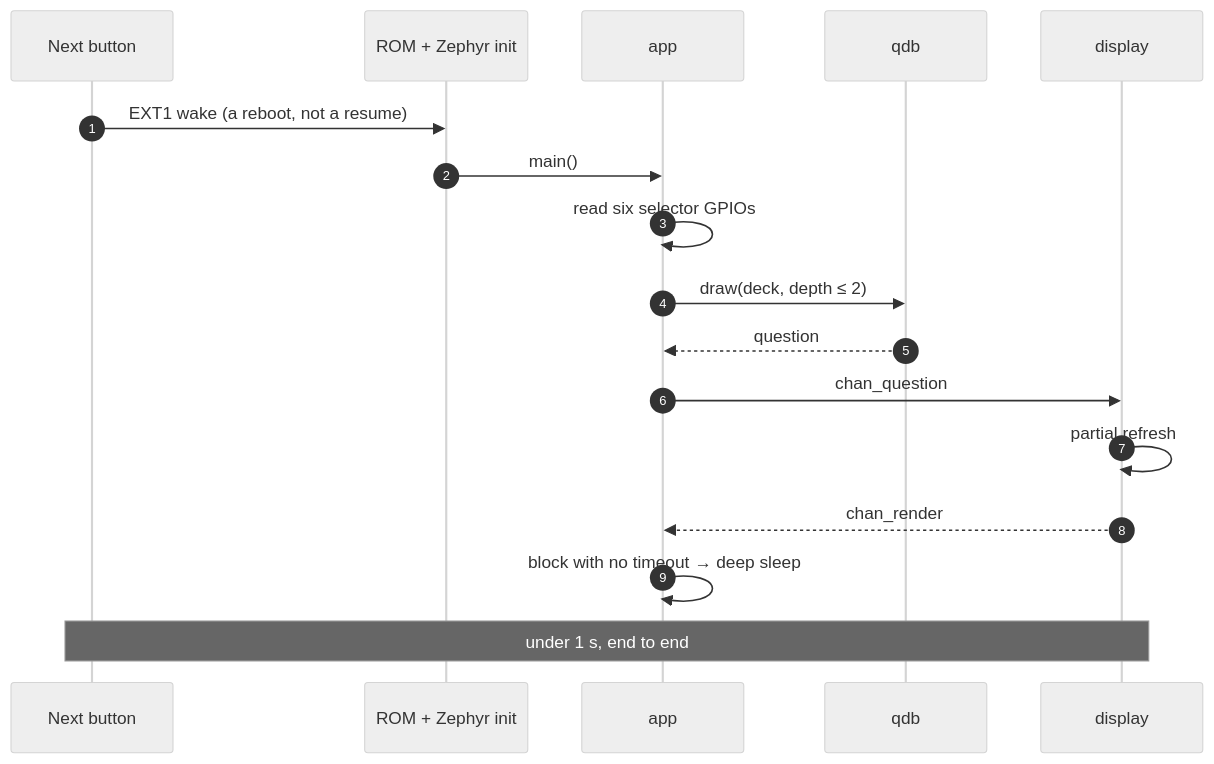
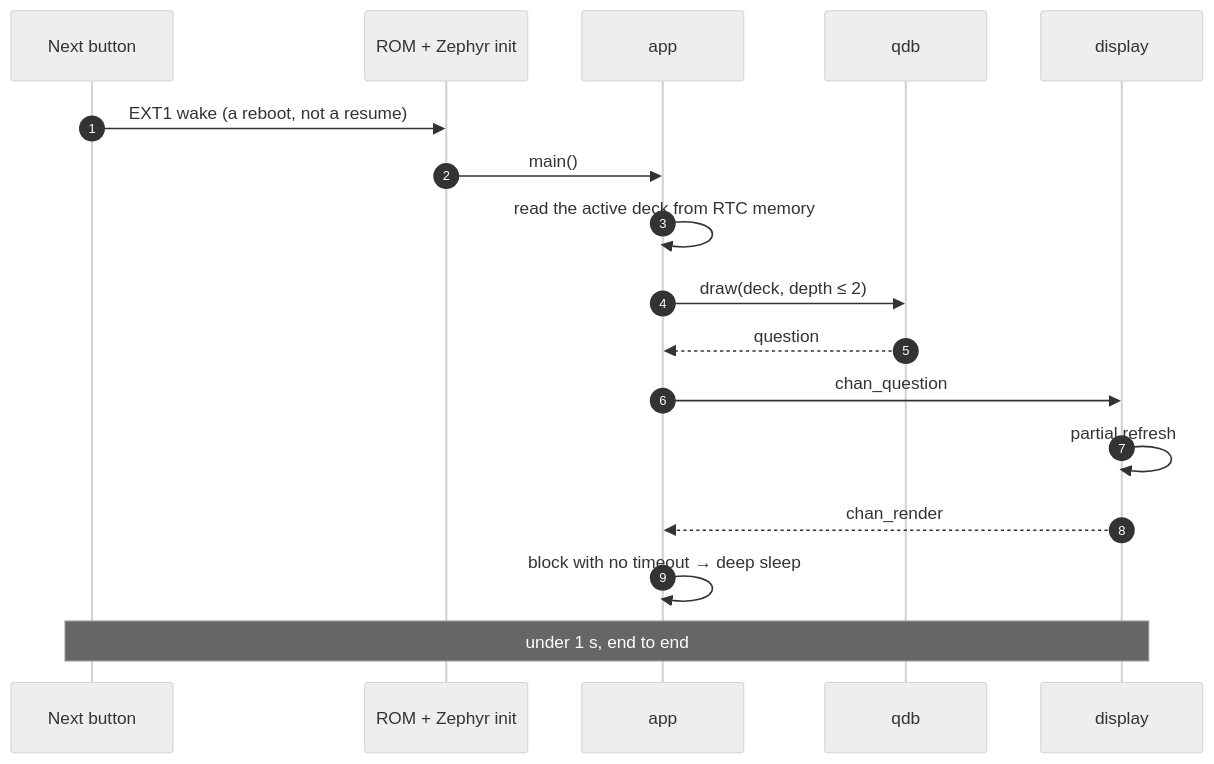
Before and after one commit to giacomomellone/cicala: the eighth of 12 diagrams in docs/firmware_architecture.md, drawn with Mermaid (neutral theme). The commit also changed other lines of this file and 26 other files, not shown here.

````diff
--- a/docs/firmware_architecture.md
+++ b/docs/firmware_architecture.md
@@ -478,20 +470,20 @@
 ```mermaid
 sequenceDiagram
     autonumber
     participant HW as Next button
     participant Z as ROM + Zephyr init
     participant A as app
     participant Q as qdb
     participant D as display
 
     HW->>Z: EXT1 wake (a reboot, not a resume)
     Z->>A: main()
-    A->>A: read six selector GPIOs
+    A->>A: read the active deck from RTC memory
     A->>Q: draw(deck, depth ≤ 2)
     Q-->>A: question
     A->>D: chan_question
     D->>D: partial refresh
     D-->>A: chan_render
     A->>A: block with no timeout → deep sleep
     Note over HW,D: under 1 s, end to end
 ```
````
